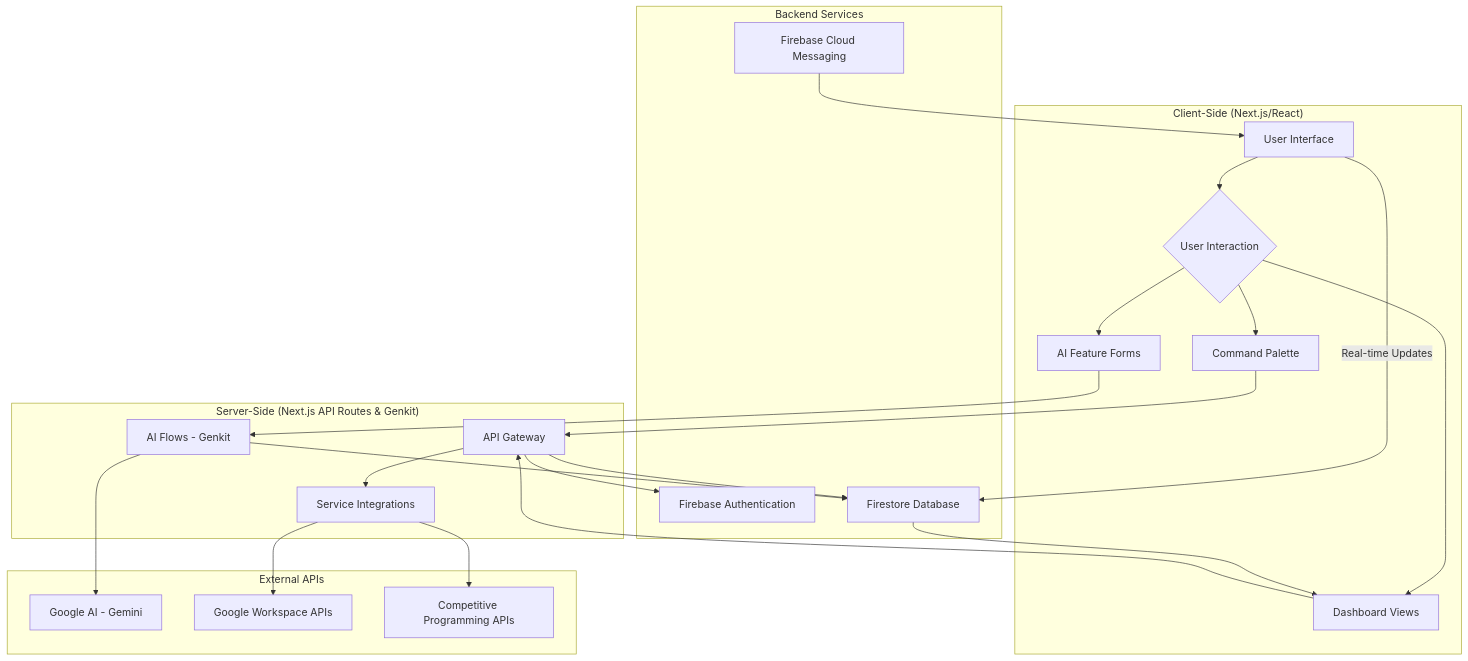
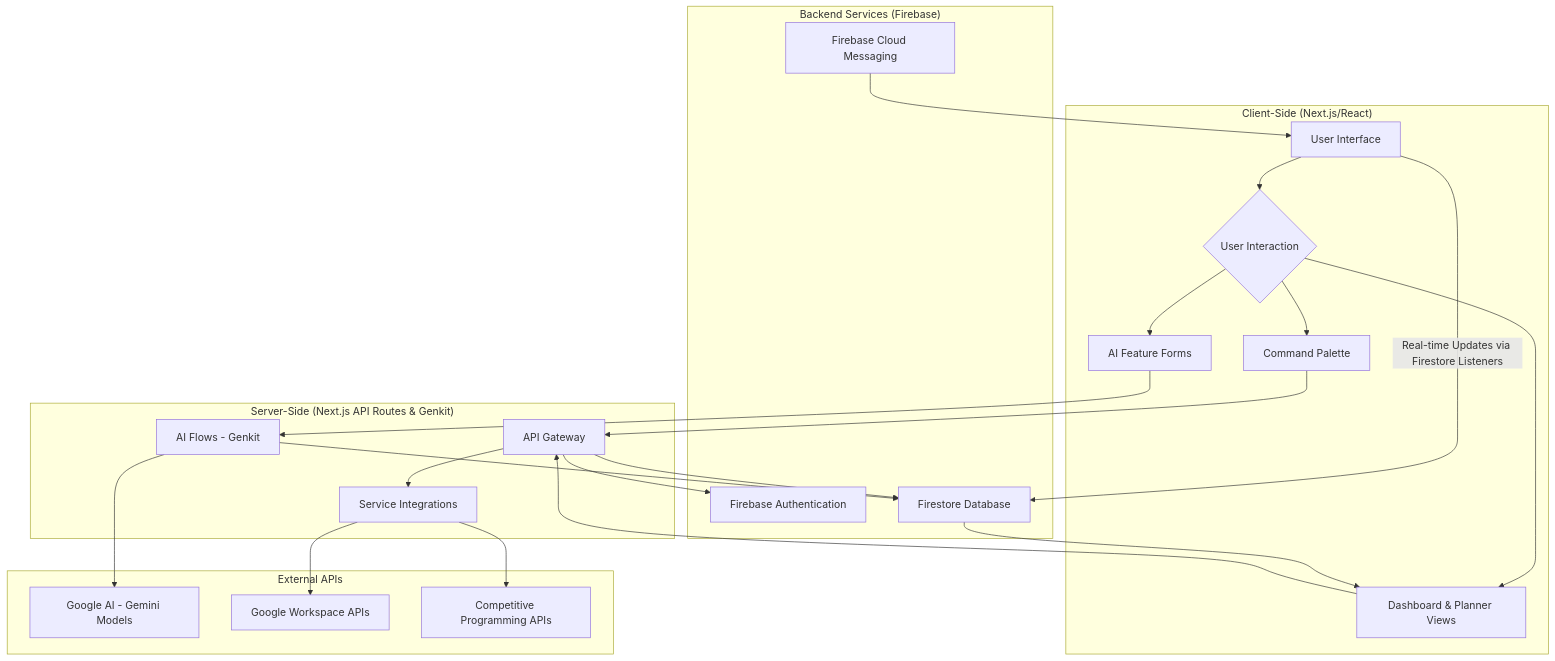
Before and after one commit to AshishYesale7/Calander-Ai: the first of 3 diagrams in Synopsis.md, drawn with Mermaid. The commit also changed other lines of this file, not shown here.

````diff
--- a/Synopsis.md
+++ b/Synopsis.md
@@ -67,46 +74,46 @@
 ```mermaid
 graph TD
     subgraph "Client-Side (Next.js/React)"
         A[User Interface] --> B{User Interaction};
         B --> C[Command Palette];
-        B --> D[Dashboard Views];
+        B --> D[Dashboard & Planner Views];
         B --> E[AI Feature Forms];
     end
 
     subgraph "Server-Side (Next.js API Routes & Genkit)"
         F[API Gateway]
         G[AI Flows - Genkit]
         H[Service Integrations]
     end
 
-    subgraph "Backend Services"
+    subgraph "Backend Services (Firebase)"
         I[Firebase Authentication]
         J[Firestore Database]
         K[Firebase Cloud Messaging]
     end
 
     subgraph "External APIs"
-        L[Google AI - Gemini]
+        L[Google AI - Gemini Models]
         M[Google Workspace APIs]
         N[Competitive Programming APIs]
     end
 
     C --> F;
     D --> F;
     E --> G;
 
     F --> I;
     F --> J;
     F --> H;
 
     G --> L;
     G --> J;
     
     H --> M;
     H --> N;
 
     J --> D;
     K --> A;
 
-    A -- Real-time Updates --> J;
+    A -- Real-time Updates via Firestore Listeners --> J;
 ```
````
